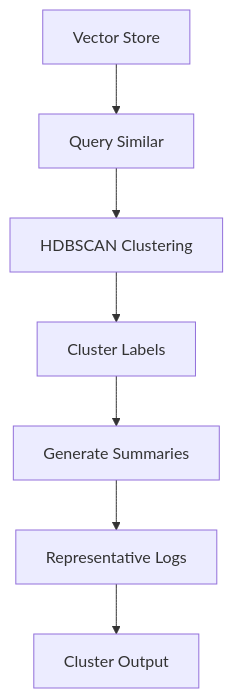
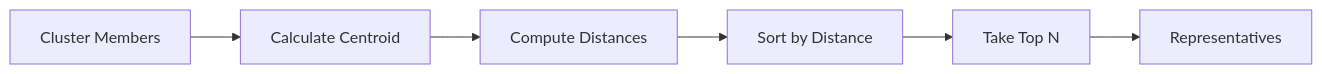
Before and after one commit to varadharajaan/sentinel-log-ai: diagram 13 of 17 in docs/data-flow.md, drawn with Mermaid. The commit also changed other lines of this file and 1 other file, not shown here.

Commit message:
feat: update architecture and data flow documentation for M3 clustering patterns

````diff
--- a/docs/data-flow.md
+++ b/docs/data-flow.md
@@ -264,9 +312,8 @@
 ```mermaid
-flowchart TD
-    VS[Vector Store] --> QUERY[Query Similar]
-    QUERY --> HDBSCAN[HDBSCAN Clustering]
-    HDBSCAN --> LABELS[Cluster Labels]
-    LABELS --> SUMM[Generate Summaries]
-    SUMM --> REP[Representative Logs]
-    REP --> OUT[Cluster Output]
+flowchart LR
+    MEMBERS[Cluster Members] --> CENT[Calculate Centroid]
+    CENT --> DISTS[Compute Distances]
+    DISTS --> SORT[Sort by Distance]
+    SORT --> TOP[Take Top N]
+    TOP --> REPS[Representatives]
 ```
````
